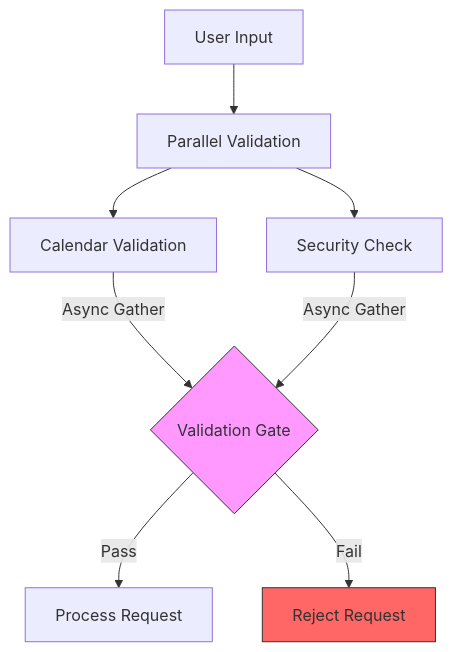
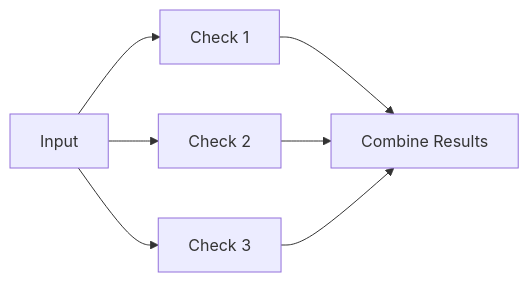
Before and after one commit to fazilraja/agent-workflows: the third of 4 diagrams in README.md, drawn with Mermaid. The commit also changed other lines of this file, not shown here.

````diff
--- a/README.md
+++ b/README.md
@@ -74,12 +67,7 @@
 ```mermaid
-graph TD
-    A[User Input] --> B[Parallel Validation]
-    B --> C[Calendar Validation]
-    B --> D[Security Check]
-    C & D -->|Async Gather| E{Validation Gate}
-    E -->|Pass| F[Process Request]
-    E -->|Fail| G[Reject Request]
-    
-    style E fill:#f9f,stroke:#333
-    style G fill:#f66,stroke:#333
+graph LR
+    A[Input] --> B[Check 1]
+    A --> C[Check 2]
+    A --> D[Check 3]
+    B & C & D --> E[Combine Results]
 ```
````
